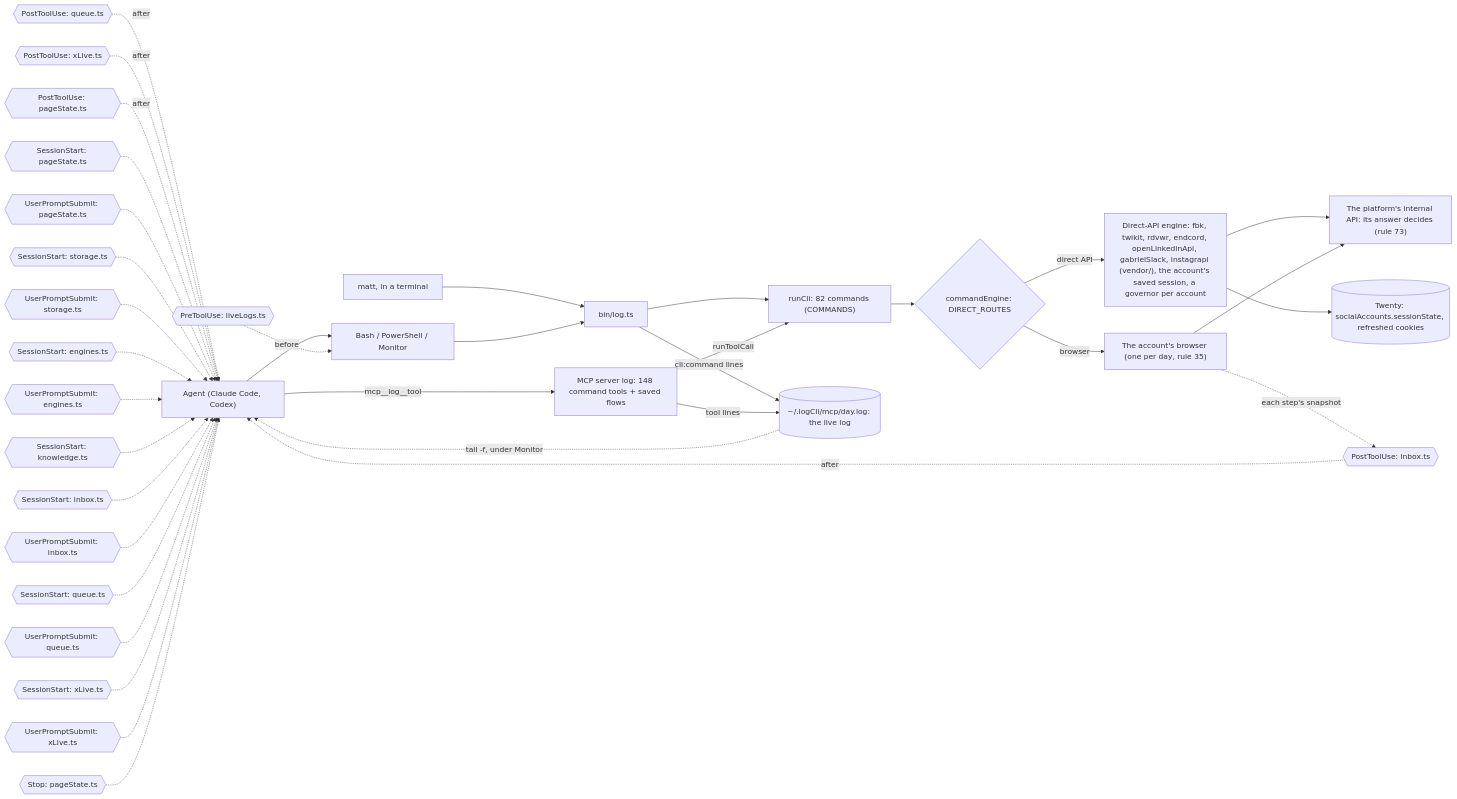
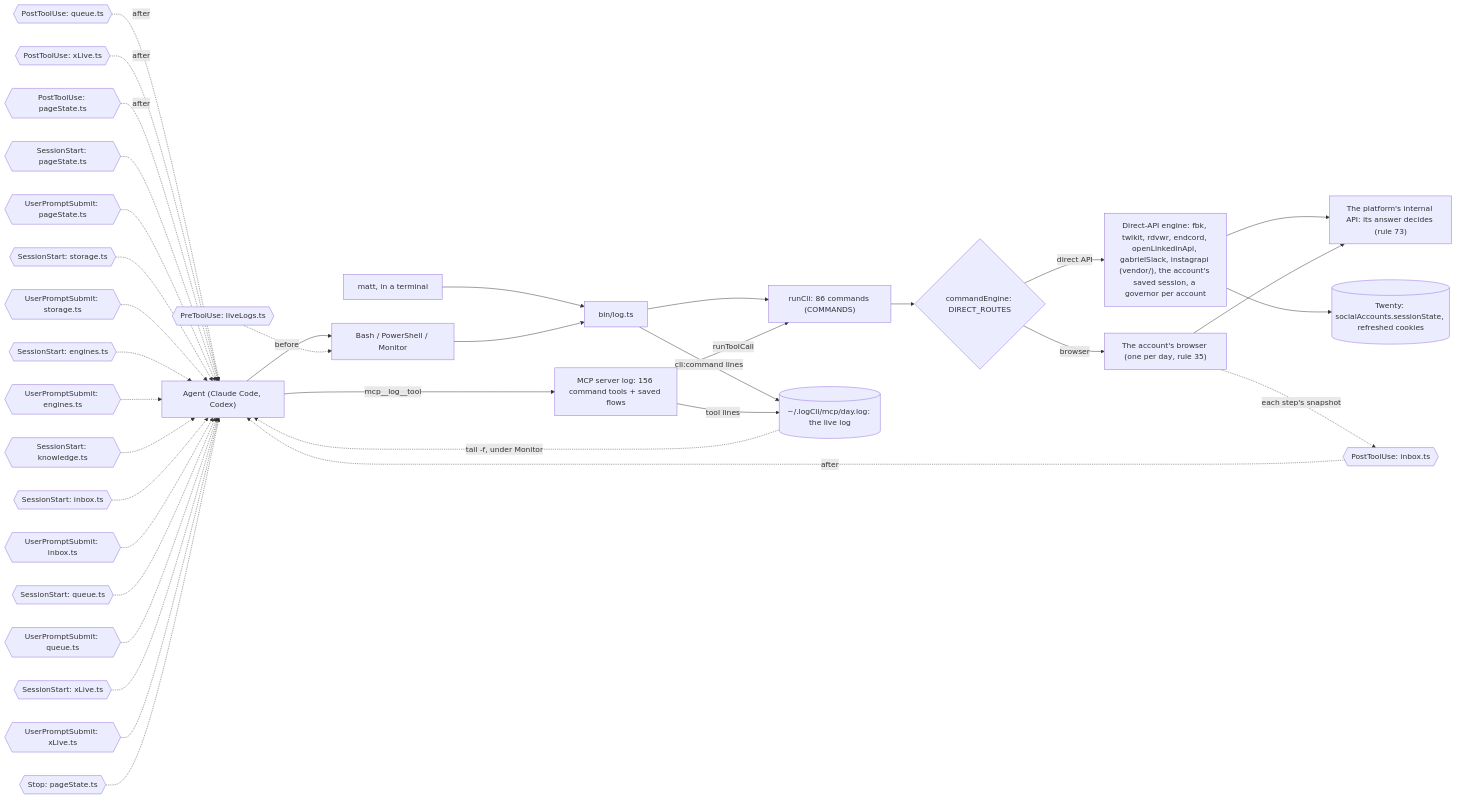
Before and after one commit to matthewdonsemail-lab/log: the diagram in docs/diagrams/surface.mmd, drawn with Mermaid. The commit also changed 35 other files, not shown here.

```diff
--- a/docs/diagrams/surface.mmd
+++ b/docs/diagrams/surface.mmd
@@ -1,50 +1,50 @@
 %% How a call reaches log-cli. From a shell or over MCP, both run the same commands through `runCli`, write the same live log, and pass through the same hooks. `commandEngine` sends each command to the platform's direct API or to the account's browser.
 %% Written by `bun run docs:build` from the code (rule 56). Not edited by hand.
 flowchart LR
   agent["Agent (Claude Code, Codex)"]
   matt["matt, in a terminal"]
   shell["Bash / PowerShell / Monitor"]
-  mcp["MCP server log: 148 command tools + saved flows"]
+  mcp["MCP server log: 156 command tools + saved flows"]
   bin["bin/log.ts"]
-  runCli["runCli: 82 commands (COMMANDS)"]
+  runCli["runCli: 86 commands (COMMANDS)"]
   live[("~/.logCli/mcp/day.log: the live log")]
   engine{"commandEngine: DIRECT_ROUTES"}
   direct["Direct-API engine: fbk, twikit, rdvwr, endcord, openLinkedinApi, gabrielSlack, instagrapi (vendor/), the account's saved session, a governor per account"]
   browser["The account's browser (one per day, rule 35)"]
   api["The platform's internal API: its answer decides (rule 73)"]
   twenty[("Twenty: socialAccounts.sessionState, refreshed cookies")]
   agent --> shell
   matt --> bin
   shell --> bin
   agent -->|mcp__log__tool| mcp
   bin --> runCli
   mcp -->|runToolCall| runCli
   runCli --> engine
   engine -->|direct API| direct
   engine -->|browser| browser
   direct --> api
   browser --> api
   direct --> twenty
   bin -->|cli:command lines| live
   mcp -->|tool lines| live
   live -.->|tail -f, under Monitor| agent
   pre0{{"PreToolUse: liveLogs.ts"}} -.->|before| shell
   post0{{"PostToolUse: inbox.ts"}} -.->|after| agent
   post1{{"PostToolUse: queue.ts"}} -.->|after| agent
   post2{{"PostToolUse: xLive.ts"}} -.->|after| agent
   post3{{"PostToolUse: pageState.ts"}} -.->|after| agent
   turn0{{"SessionStart: pageState.ts"}} -.-> agent
   turn1{{"UserPromptSubmit: pageState.ts"}} -.-> agent
   turn2{{"SessionStart: storage.ts"}} -.-> agent
   turn3{{"UserPromptSubmit: storage.ts"}} -.-> agent
   turn4{{"SessionStart: engines.ts"}} -.-> agent
   turn5{{"UserPromptSubmit: engines.ts"}} -.-> agent
   turn6{{"SessionStart: knowledge.ts"}} -.-> agent
   turn7{{"SessionStart: inbox.ts"}} -.-> agent
   turn8{{"UserPromptSubmit: inbox.ts"}} -.-> agent
   turn9{{"SessionStart: queue.ts"}} -.-> agent
   turn10{{"UserPromptSubmit: queue.ts"}} -.-> agent
   turn11{{"SessionStart: xLive.ts"}} -.-> agent
   turn12{{"UserPromptSubmit: xLive.ts"}} -.-> agent
   turn13{{"Stop: pageState.ts"}} -.-> agent
   browser -.->|each step's snapshot| post0
```
